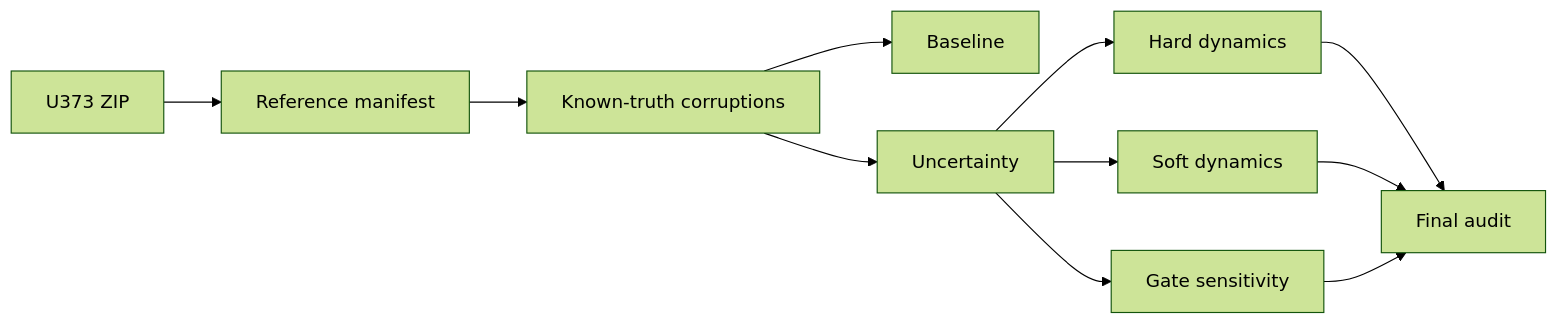
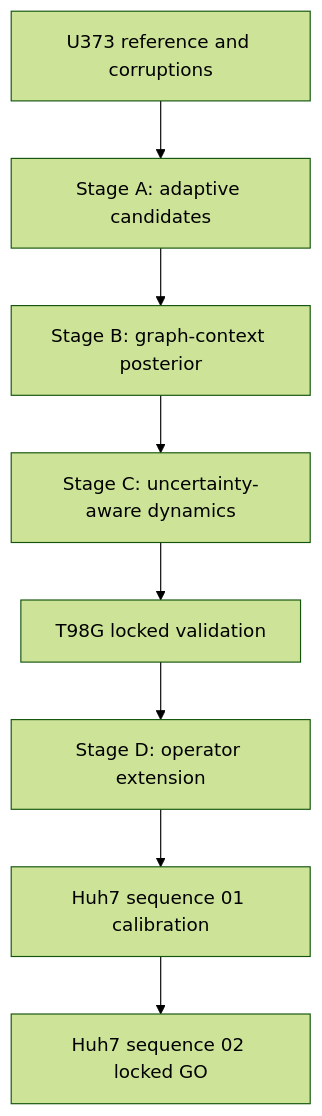
Before and after one commit to mohamad679/gbm-tracking-uncertainty: the diagram in README.md, drawn with Mermaid (forest theme). The commit also changed other lines of this file and 13 other files, not shown here.

````diff
--- a/README.md
+++ b/README.md
@@ -44,13 +45,10 @@
 ```mermaid
-flowchart LR
-    A[U373 ZIP] --> B[Reference manifest]
-    B --> C[Known-truth corruptions]
-    C --> D[Baseline]
-    C --> E[Uncertainty]
-    E --> F[Hard dynamics]
-    E --> G[Soft dynamics]
-    E --> H[Gate sensitivity]
-    F --> I[Final audit]
-    G --> I
-    H --> I
+flowchart TD
+    A[U373 reference and corruptions] --> B[Stage A: adaptive candidates]
+    B --> C[Stage B: graph-context posterior]
+    C --> D[Stage C: uncertainty-aware dynamics]
+    D --> E[T98G locked validation]
+    E --> F[Stage D: operator extension]
+    F --> G[Huh7 sequence 01 calibration]
+    G --> H[Huh7 sequence 02 locked GO]
 ```
````
